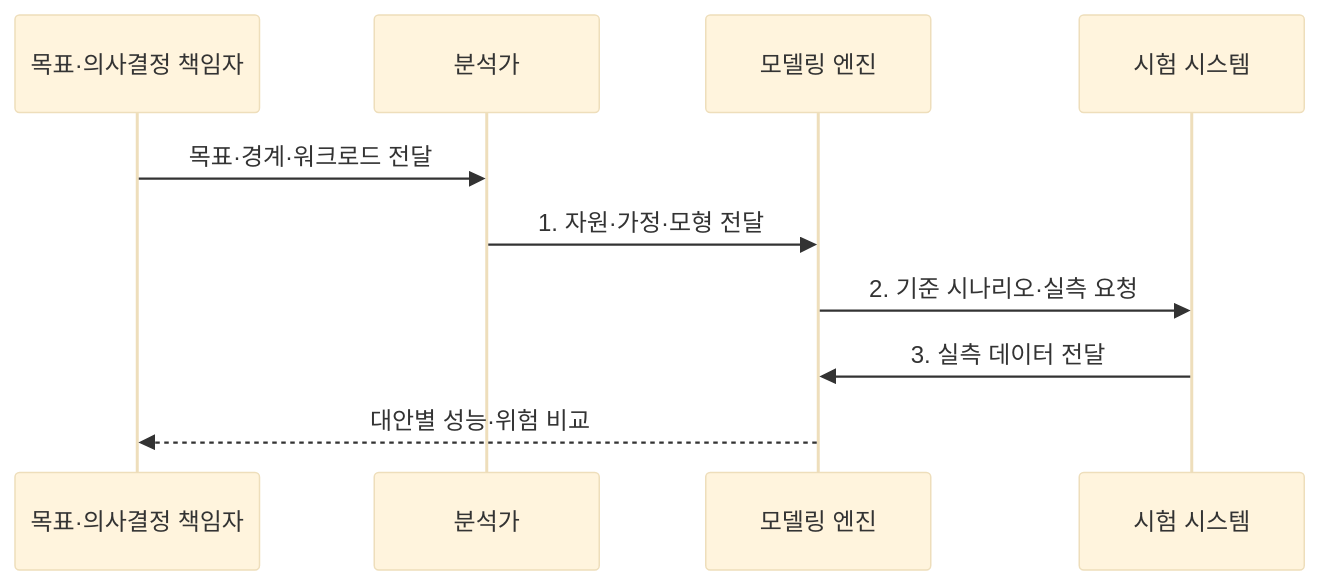
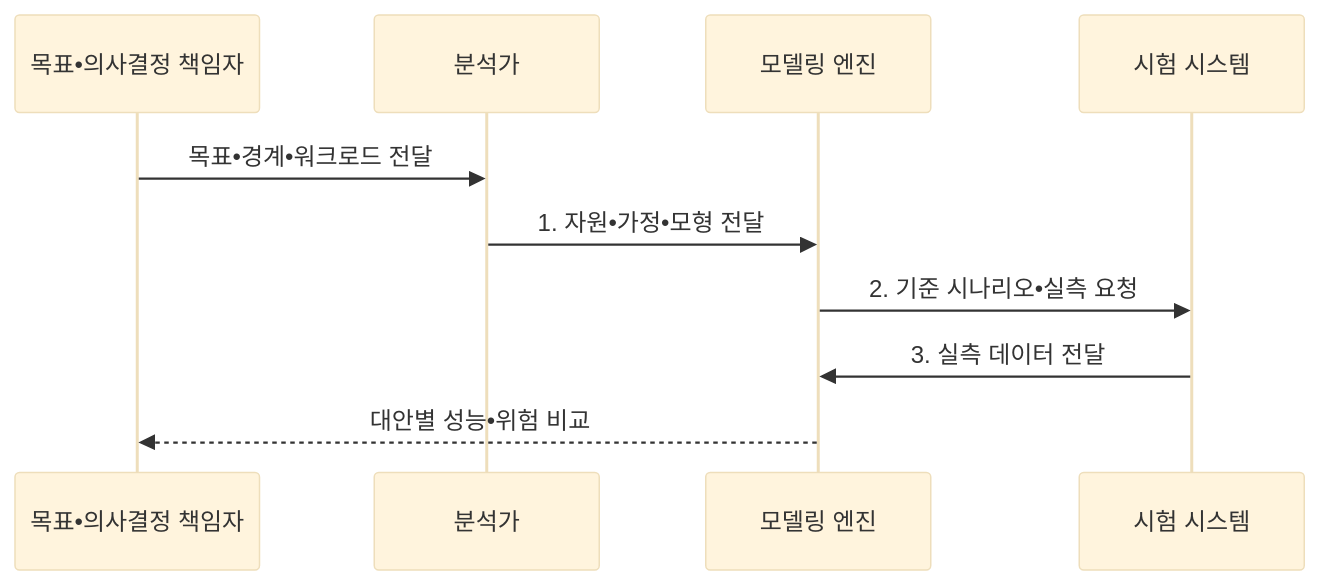
The second of 2 diagrams in src/content/docs/notes/06-evaluation/011_performance_modeling.md (agnusdei1207/knowledge-base), drawn with Mermaid (base theme) before and after one commit. The commit also changed other lines of this file and 953 other files, not shown here.

````diff
--- a/src/content/docs/notes/06-evaluation/011_performance_modeling.md
+++ b/src/content/docs/notes/06-evaluation/011_performance_modeling.md
@@ -100,12 +100,12 @@
 ```mermaid
 sequenceDiagram
-  participant O as 목표·의사결정 책임자
+  participant O as 목표•의사결정 책임자
   participant A as 분석가
   participant M as 모델링 엔진
   participant T as 시험 시스템
-  O->>A: 목표·경계·워크로드 전달
-  A->>M: 1. 자원·가정·모형 전달
-  M->>T: 2. 기준 시나리오·실측 요청
+  O->>A: 목표•경계•워크로드 전달
+  A->>M: 1. 자원•가정•모형 전달
+  M->>T: 2. 기준 시나리오•실측 요청
   T->>M: 3. 실측 데이터 전달
-  M-->>O: 대안별 성능·위험 비교
+  M-->>O: 대안별 성능•위험 비교
 ```
````
